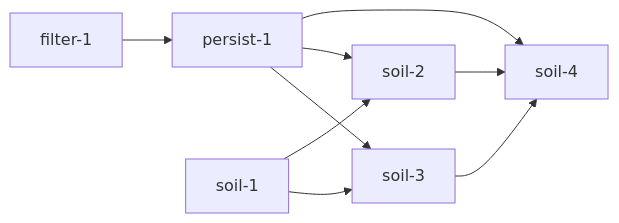
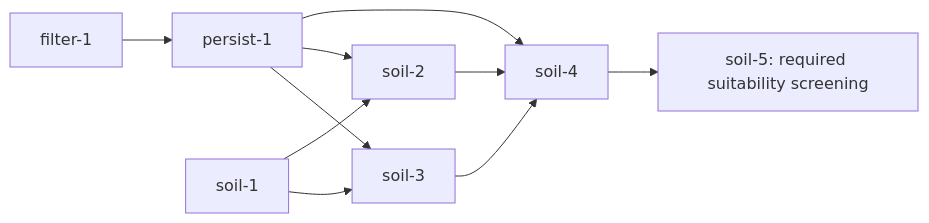
One commit to JustinMonty20/landman changed the diagram in plans/soil-layer.md. Above: the diagram before and after it, drawn with Mermaid. The commit also changed other lines of this file and 10 other files, not shown here.

````diff
--- a/plans/soil-layer.md
+++ b/plans/soil-layer.md
@@ -44,11 +44,12 @@
 ```mermaid
 flowchart LR
   filter1[filter-1] --> persist1[persist-1]
   soil1[soil-1] --> soil3[soil-3]
   persist1 --> soil3
   soil1 --> soil2[soil-2]
   persist1 --> soil2
   persist1 --> soil4[soil-4]
   soil2 --> soil4
   soil3 --> soil4
+  soil4 --> soil5[soil-5: required suitability screening]
 ```
````
